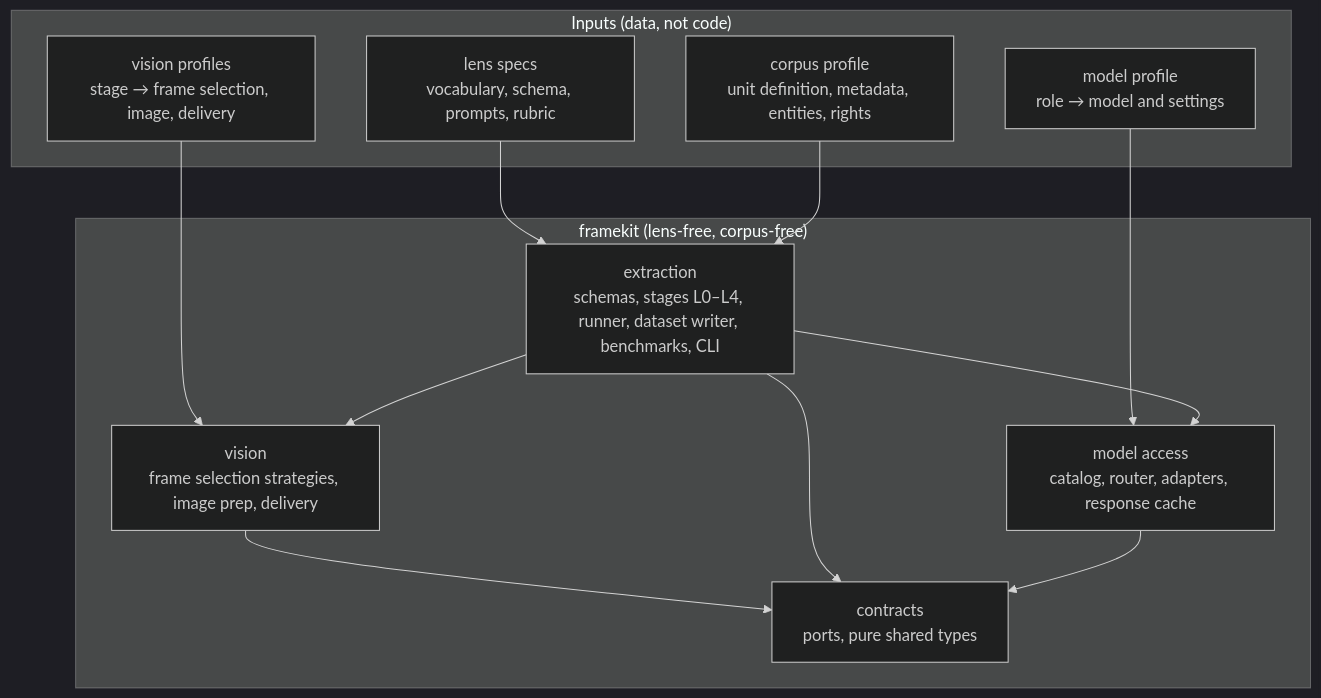
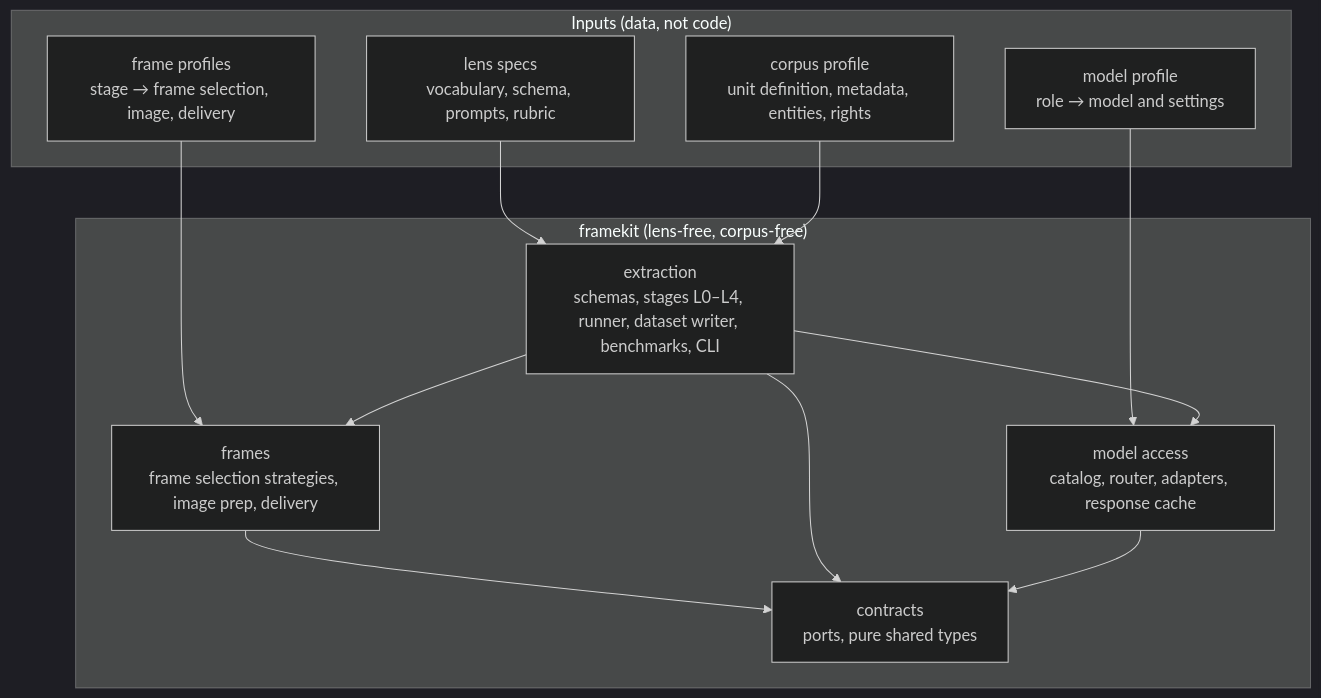
The first of 6 diagrams in docs/DESIGN.md (edyhtan/framekit), drawn with Mermaid (dark theme) before and after one commit. The commit also changed other lines of this file and 36 other files, not shown here.

First line of the commit message:
Rename framekit.vision to framekit.frames (#24)

````diff
--- a/docs/DESIGN.md
+++ b/docs/DESIGN.md
@@ -28,24 +28,24 @@
 ```mermaid
 flowchart TB
     subgraph IN["Inputs (data, not code)"]
         LS["lens specs<br/>vocabulary, schema, prompts, rubric"]
         CP["corpus profile<br/>unit definition, metadata, entities, rights"]
         MP["model profile<br/>role → model and settings"]
-        VP["vision profiles<br/>stage → frame selection, image, delivery"]
+        VP["frame profiles<br/>stage → frame selection, image, delivery"]
     end
     subgraph ENG["framekit (lens-free, corpus-free)"]
         EX["extraction<br/>schemas, stages L0–L4, runner, dataset writer, benchmarks, CLI"]
         MA["model access<br/>catalog, router, adapters, response cache"]
-        VI["vision<br/>frame selection strategies, image prep, delivery"]
+        VI["frames<br/>frame selection strategies, image prep, delivery"]
         CT["contracts<br/>ports, pure shared types"]
     end
     LS --> EX
     CP --> EX
     MP --> MA
     VP --> VI
     EX --> MA
     EX --> VI
     VI --> CT
     EX --> CT
     MA --> CT
 ```
````
